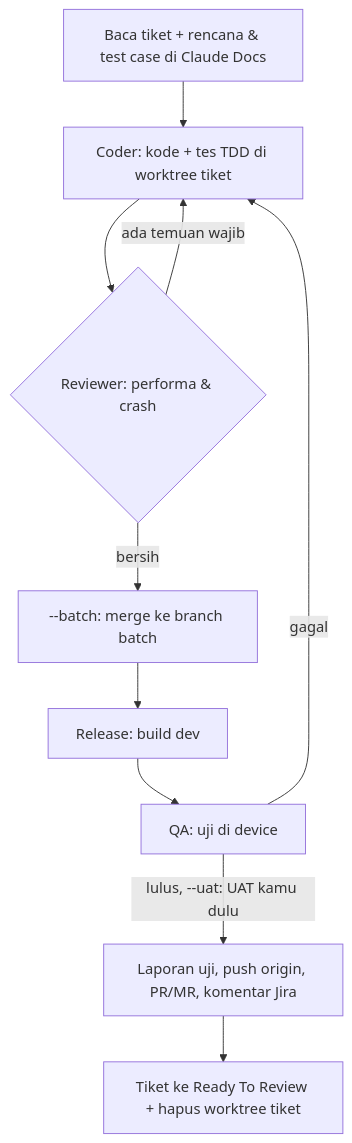
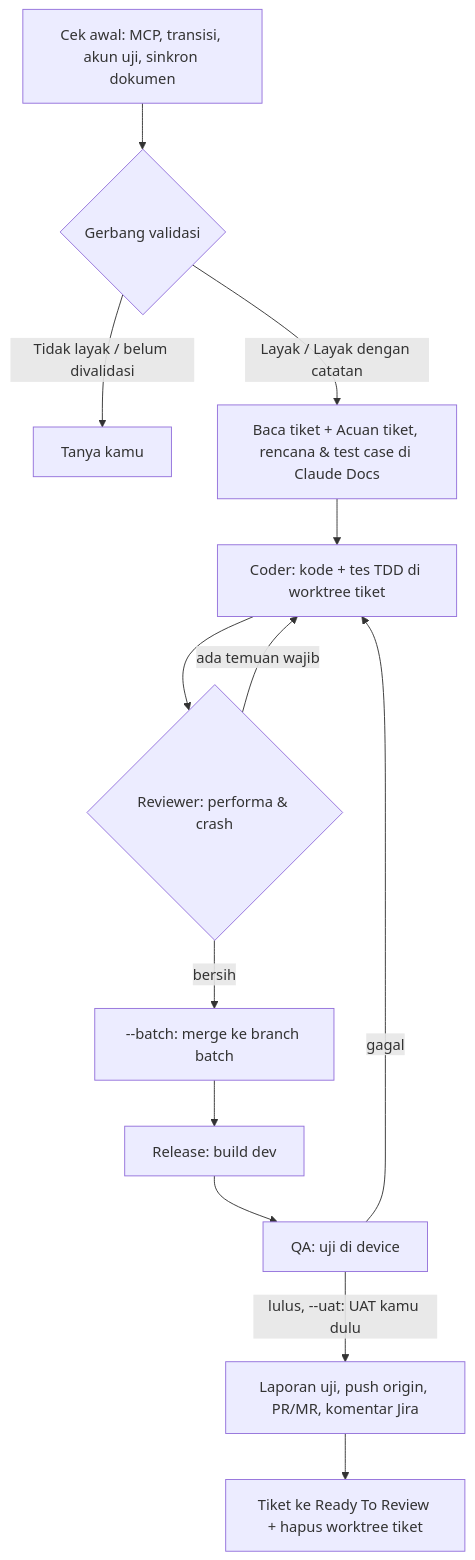
One commit to roiskhoiron/agent-workflow changed the second of 2 diagrams in docs/alur-kerja.md. Above: the diagram before and after it, drawn with Mermaid. The commit also changed other lines of this file and 3 other files, not shown here.

Commit message:
develop-tiket: gerbang validasi + sinkron dokumen terbaru (Acuan tiket)

````diff
--- a/docs/alur-kerja.md
+++ b/docs/alur-kerja.md
@@ -56,12 +56,14 @@
 ```mermaid
 flowchart TD
-  S[Baca tiket + rencana & test case di Claude Docs] --> K[Coder: kode + tes TDD di worktree tiket]
+  G[Cek awal: MCP, transisi, akun uji, sinkron dokumen] --> V{Gerbang validasi}
+  V -->|Tidak layak / belum divalidasi| A[Tanya kamu]
+  V -->|Layak / Layak dengan catatan| S[Baca tiket + Acuan tiket, rencana & test case di Claude Docs] --> K[Coder: kode + tes TDD di worktree tiket]
   K --> R{Reviewer: performa & crash}
   R -->|ada temuan wajib| K
   R -->|bersih| M[--batch: merge ke branch batch]
   M --> B[Release: build dev]
   B --> Q[QA: uji di device]
   Q -->|gagal| K
   Q -->|lulus, --uat: UAT kamu dulu| P[Laporan uji, push origin, PR/MR, komentar Jira]
   P --> T[Tiket ke Ready To Review + hapus worktree tiket]
 ```
````
